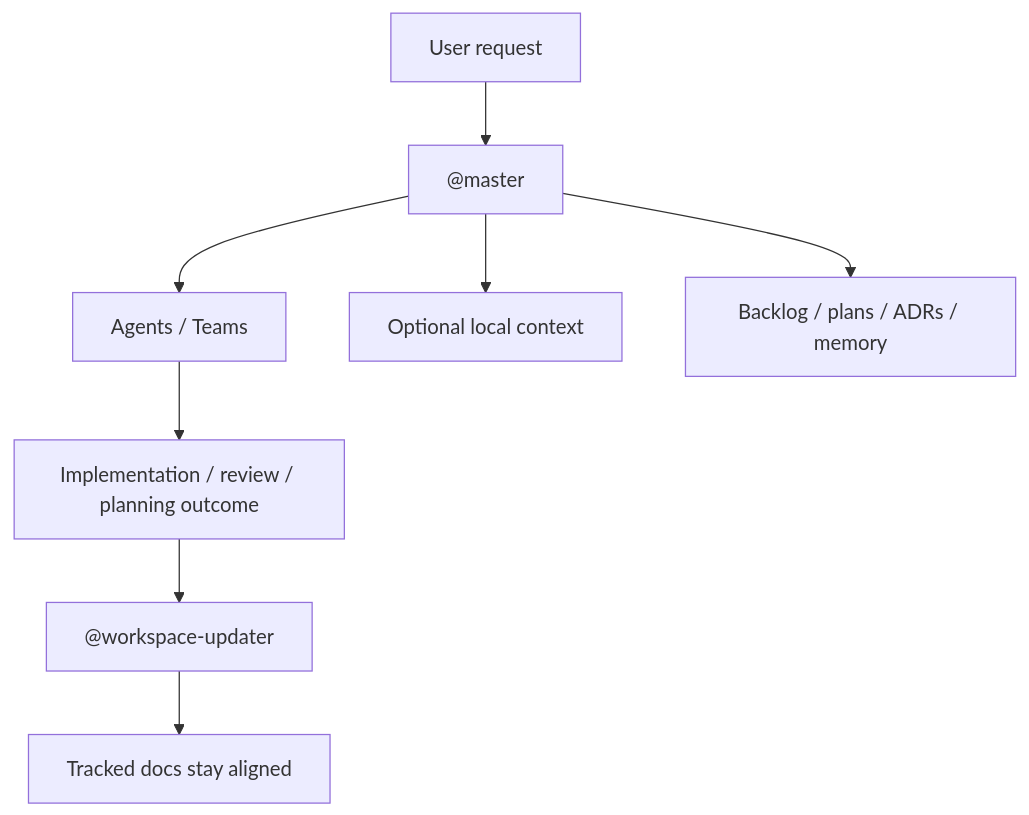
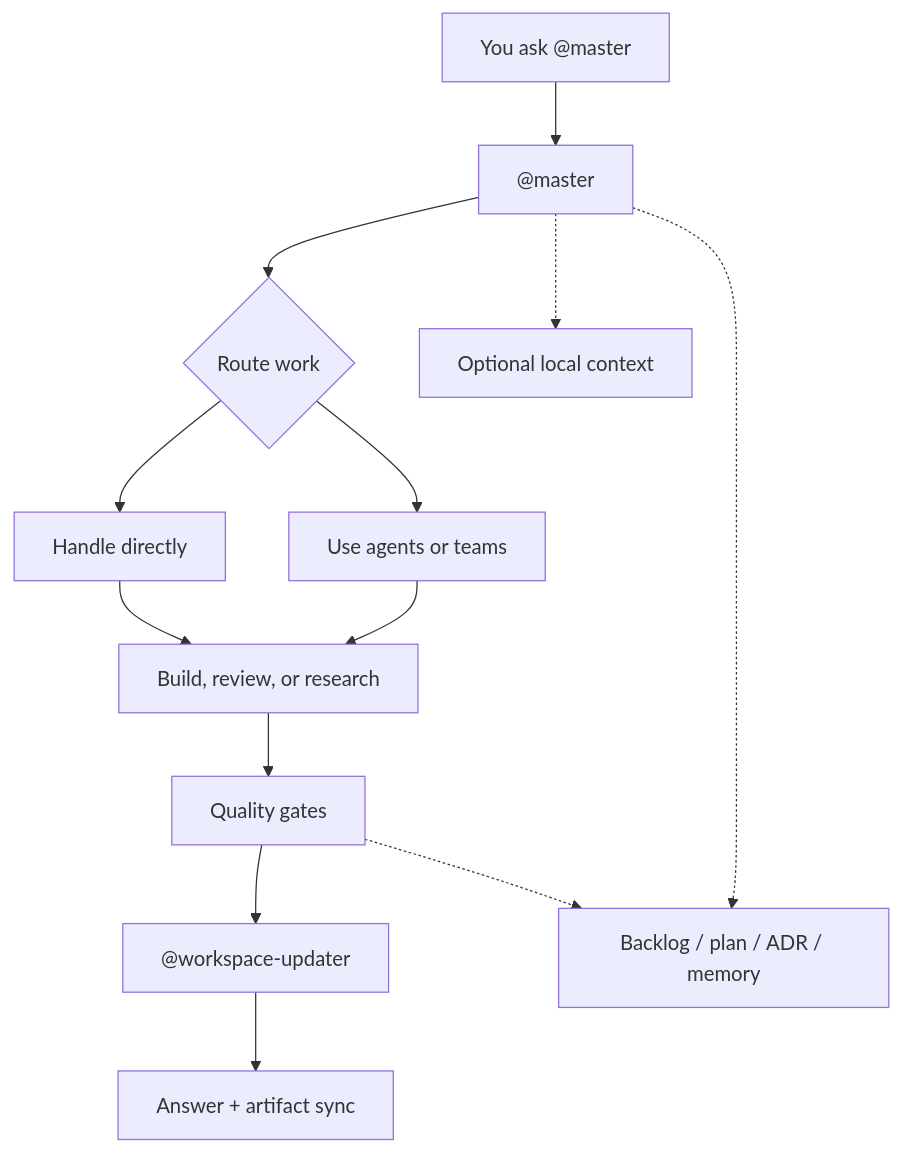
One commit to Konstantinos-Sakellariou/claude-team-kit changed the diagram in docs/ONE_PAGER.md. Above: the diagram before and after it, drawn with Mermaid. The commit also changed 17 other files, not shown here.

Commit message:
feat(workspace): add research and discovery workflow

````diff
--- a/docs/ONE_PAGER.md
+++ b/docs/ONE_PAGER.md
@@ -48,11 +48,16 @@
 ```mermaid
 flowchart TD
-    USER["User request"] --> MASTER["@master"]
-    MASTER --> TEAM["Agents / Teams"]
-    TEAM --> RESULT["Implementation / review / planning outcome"]
-    RESULT --> WU["@workspace-updater"]
-    WU --> DOCS["Tracked docs stay aligned"]
+    USER["You ask @master"] --> MASTER["@master"]
+    MASTER --> ROUTE{"Route work"}
+    ROUTE --> DIRECT["Handle directly"]
+    ROUTE --> TEAM["Use agents or teams"]
+    DIRECT --> WORK["Build, review, or research"]
+    TEAM --> WORK
+    WORK --> GATES["Quality gates"]
+    GATES --> WU["@workspace-updater"]
+    WU --> DOCS["Answer + artifact sync"]
 
-    MASTER --> LOCAL["Optional local context"]
-    MASTER --> ART["Backlog / plans / ADRs / memory"]
+    MASTER -.-> LOCAL["Optional local context"]
+    MASTER -.-> ART["Backlog / plan / ADR / memory"]
+    GATES -.-> ART
 ```
````
